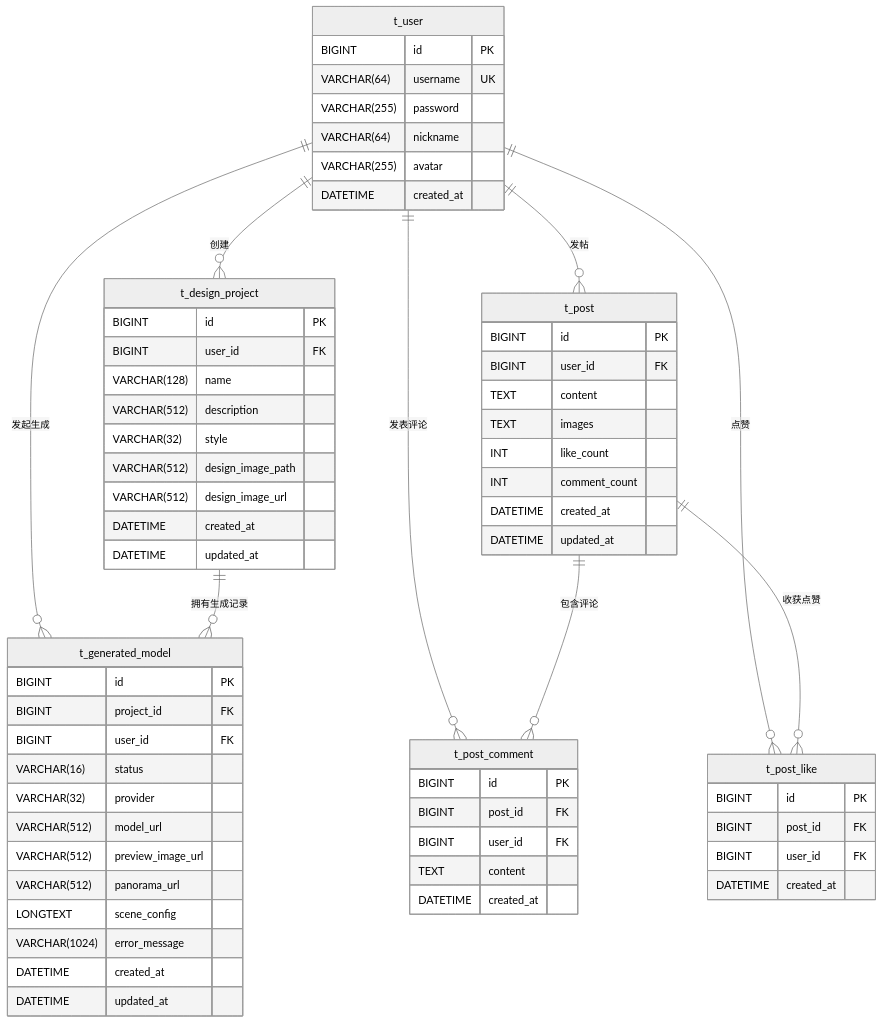
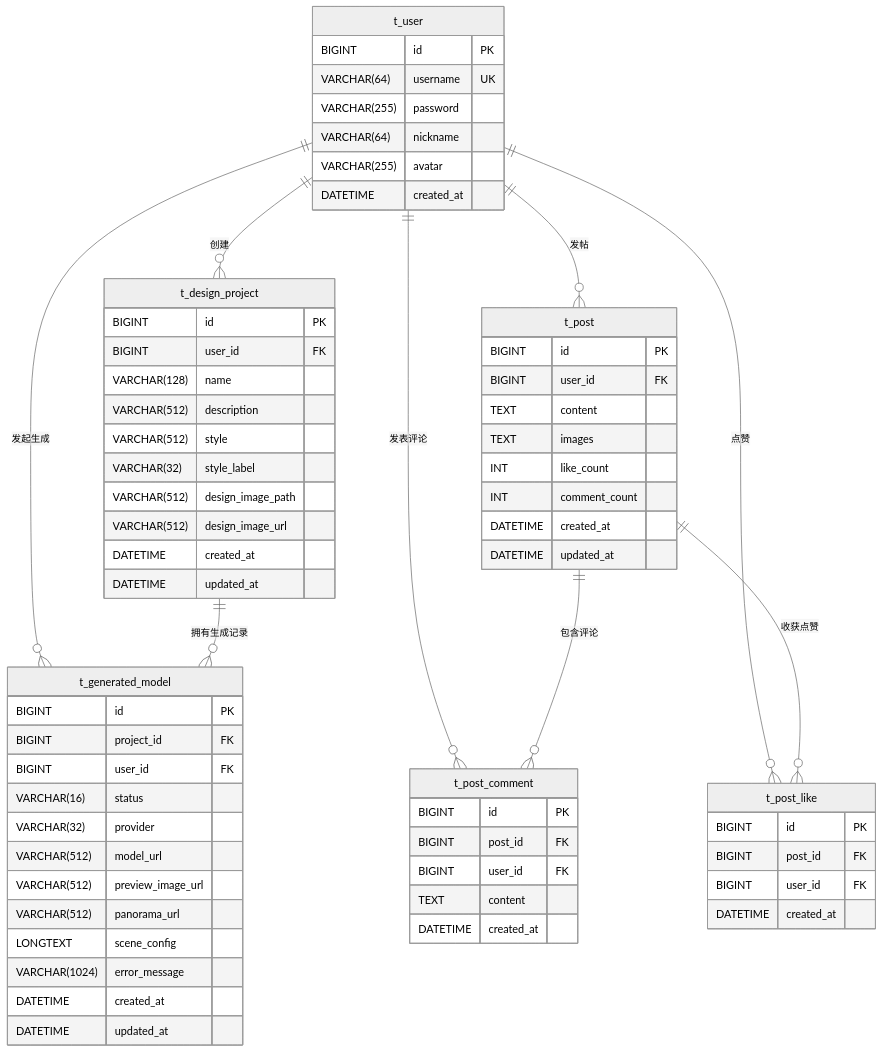
The diagram in docs/数据库设计.md (6myname6/house-design), drawn with Mermaid (neutral theme) before and after one commit. The commit also changed other lines of this file and 32 other files, not shown here.

````diff
--- a/docs/数据库设计.md
+++ b/docs/数据库设计.md
@@ -101,73 +111,74 @@
 ```mermaid
 erDiagram
     t_user ||--o{ t_design_project : "创建"
     t_user ||--o{ t_generated_model : "发起生成"
     t_user ||--o{ t_post : "发帖"
     t_user ||--o{ t_post_comment : "发表评论"
     t_user ||--o{ t_post_like : "点赞"
     t_design_project ||--o{ t_generated_model : "拥有生成记录"
     t_post ||--o{ t_post_comment : "包含评论"
     t_post ||--o{ t_post_like : "收获点赞"
 
     t_user {
         BIGINT id PK
         VARCHAR(64) username UK
         VARCHAR(255) password
         VARCHAR(64) nickname
         VARCHAR(255) avatar
         DATETIME created_at
     }
 
     t_design_project {
         BIGINT id PK
         BIGINT user_id FK
         VARCHAR(128) name
         VARCHAR(512) description
-        VARCHAR(32) style
+        VARCHAR(512) style
+        VARCHAR(32) style_label
         VARCHAR(512) design_image_path
         VARCHAR(512) design_image_url
         DATETIME created_at
         DATETIME updated_at
     }
 
     t_generated_model {
         BIGINT id PK
         BIGINT project_id FK
         BIGINT user_id FK
         VARCHAR(16) status
         VARCHAR(32) provider
         VARCHAR(512) model_url
         VARCHAR(512) preview_image_url
         VARCHAR(512) panorama_url
         LONGTEXT scene_config
         VARCHAR(1024) error_message
         DATETIME created_at
         DATETIME updated_at
     }
 
     t_post {
         BIGINT id PK
         BIGINT user_id FK
         TEXT content
         TEXT images
         INT like_count
         INT comment_count
         DATETIME created_at
         DATETIME updated_at
     }
 
     t_post_comment {
         BIGINT id PK
         BIGINT post_id FK
         BIGINT user_id FK
         TEXT content
         DATETIME created_at
     }
 
     t_post_like {
         BIGINT id PK
         BIGINT post_id FK
         BIGINT user_id FK
         DATETIME created_at
     }
 ```
````
